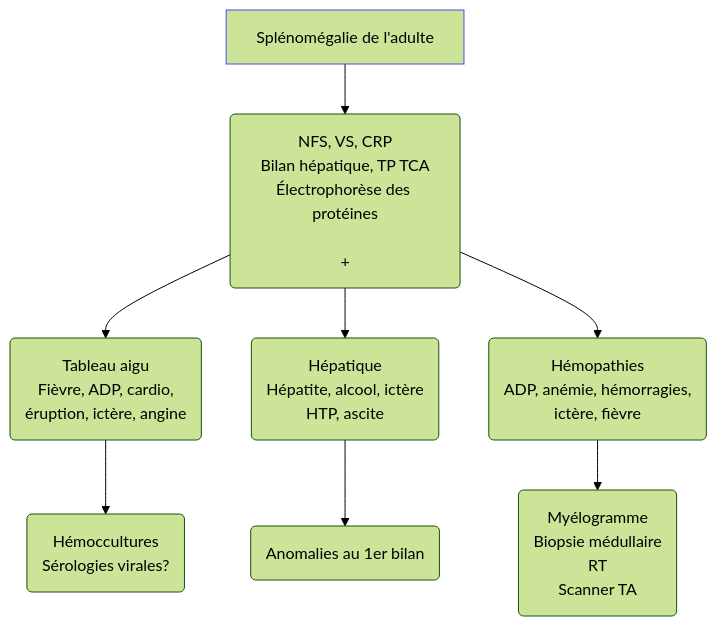
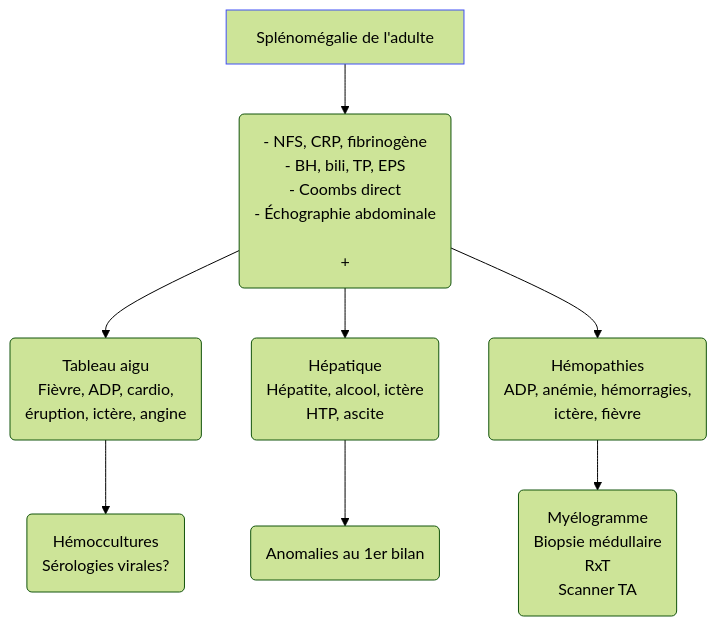
The diagram in content/recommandations/splenomegalie.md (djibe/recommandations-medicales), drawn with Mermaid (forest theme) before and after one commit. The commit also changed other lines of this file and 12 other files, not shown here.

```diff
--- a/content/recommandations/splenomegalie.md
+++ b/content/recommandations/splenomegalie.md
@@ -130,8 +183,8 @@
 {{< mermaid title="Conduite à tenir devant une splénomégalie chez l'adulte" >}}
 graph TB
-  SM[Splénomégalie de l'adulte] --> bio("NFS, VS, CRP<br>Bilan hépatique, TP TCA<br>Électrophorèse des protéines<br><br>+")
+  SM[Splénomégalie de l'adulte] --> bio("- NFS, CRP, fibrinogène<br>- BH, bili, TP, EPS<br>- Coombs direct<br>- Échographie abdominale<br><br>+")
   style SM stroke:#4150f5, stroke-width:1px
     bio --> aigu("Tableau aigu<br>Fièvre, ADP, cardio,<br>éruption, ictère, angine") --> aiguBio("Hémoccultures<br>Sérologies virales?")
     bio --> hepatique("Hépatique<br>Hépatite, alcool, ictère<br>HTP, ascite") --> hepatiqueBio("Anomalies au 1er bilan")
-    bio --> hemopathies("Hémopathies<br>ADP, anémie, hémorragies,<br>ictère, fièvre") --> hemopathiesBio("Myélogramme<br>Biopsie médullaire<br>RT<br>Scanner TA")
+    bio --> hemopathies("Hémopathies<br>ADP, anémie, hémorragies,<br>ictère, fièvre") --> hemopathiesBio("Myélogramme<br>Biopsie médullaire<br>RxT<br>Scanner TA")
 {{< /mermaid >}}
```
